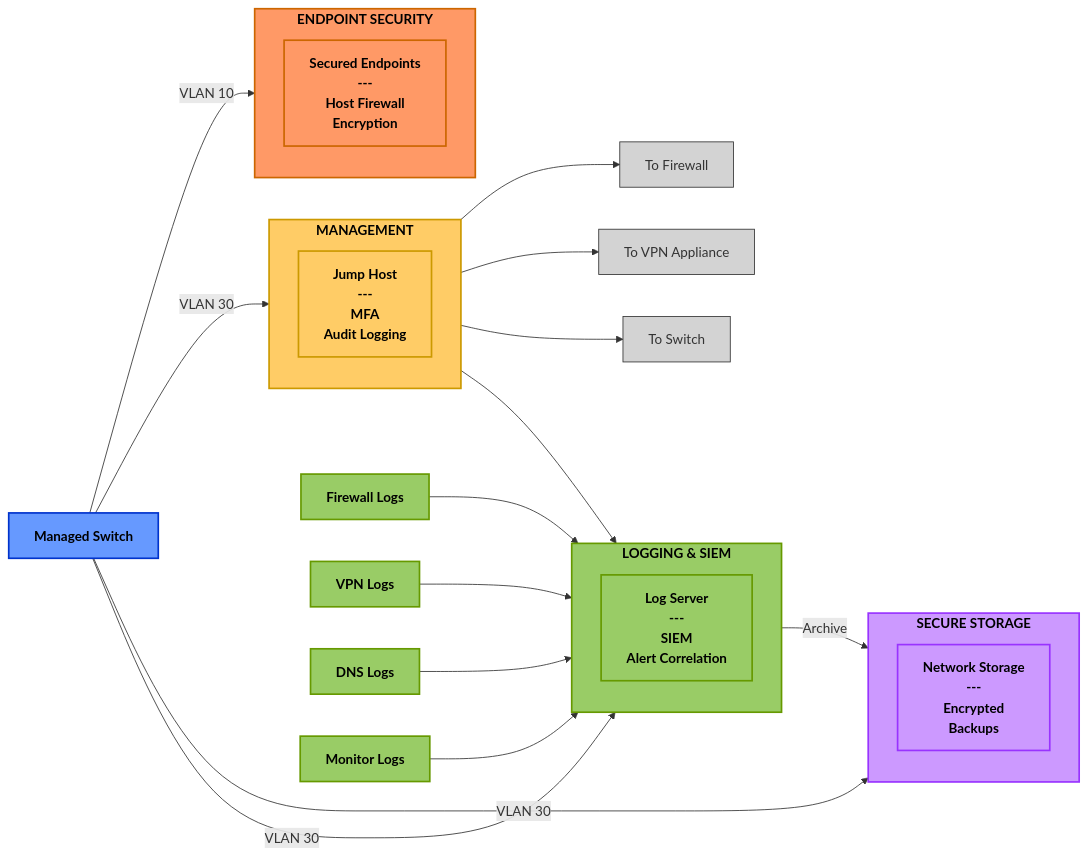
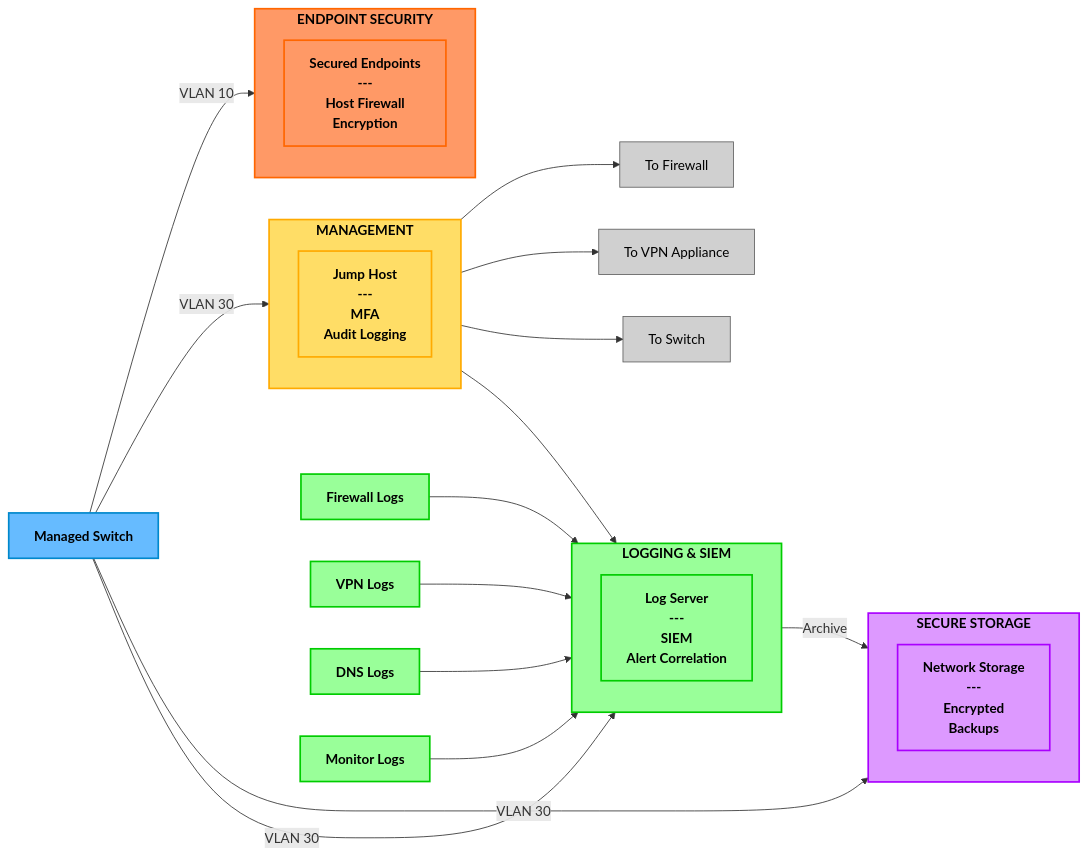
One commit to nshkrdotcom/diagram_experiments changed the fourth of 4 diagrams in home_network/1.md. Above: the diagram before and after it, drawn with Mermaid. The commit also changed other lines of this file, not shown here.

````diff
--- a/home_network/1.md
+++ b/home_network/1.md
@@ -132,63 +170,63 @@
 ```mermaid
 flowchart LR
     %% Input from Network
     NetworkSwitch["Managed Switch"] --> |"VLAN 30"| LoggingComponents
     
     %% Logging Components
     subgraph LoggingComponents["LOGGING & SIEM"]
         direction TB
-        LogServer["Log Server\n---\nSIEM\nAlert Correlation"]
+        LogServer["Log Server<br>---<br>SIEM<br>Alert Correlation"]
     end
     
     %% Storage Components
     subgraph StorageComponents["SECURE STORAGE"]
         direction TB
-        NAS["Network Storage\n---\nEncrypted\nBackups"]
+        NAS["Network Storage<br>---<br>Encrypted<br>Backups"]
     end
     
     %% Management Components
     subgraph ManagementComponents["MANAGEMENT"]
         direction TB
-        JumpHost["Jump Host\n---\nMFA\nAudit Logging"]
+        JumpHost["Jump Host<br>---<br>MFA<br>Audit Logging"]
     end
     
     %% Endpoint Security
     subgraph Endpoints["ENDPOINT SECURITY"]
         direction TB
-        SecuredEndpoints["Secured Endpoints\n---\nHost Firewall\nEncryption"]
+        SecuredEndpoints["Secured Endpoints<br>---<br>Host Firewall<br>Encryption"]
     end
     
     %% Connections 
     NetworkSwitch --> |"VLAN 30"| JumpHost
     NetworkSwitch --> |"VLAN 30"| NAS
     NetworkSwitch --> |"VLAN 10"| SecuredEndpoints
     
     LogServer --> |"Archive"| NAS
     
     %% Management connections
     JumpHost --> LogServer
     JumpHost --> FirewallLink["To Firewall"]
     JumpHost --> VPNLink["To VPN Appliance"]
     JumpHost --> SwitchLink["To Switch"]
     
     %% Log sources
     FirewallLogs["Firewall Logs"] --> LogServer
     VPNLogs["VPN Logs"] --> LogServer
     DNSLogs["DNS Logs"] --> LogServer
     MonitorLogs["Monitor Logs"] --> LogServer
-    
-    %% Styling
-    classDef network fill:#6699FF,stroke:#0033CC,stroke-width:2px,color:#000,font-weight:bold;
-    classDef logging fill:#99CC66,stroke:#669900,stroke-width:2px,color:#000,font-weight:bold;
-    classDef storage fill:#CC99FF,stroke:#9933FF,stroke-width:2px,color:#000,font-weight:bold;
-    classDef management fill:#FFCC66,stroke:#CC9900,stroke-width:2px,color:#000,font-weight:bold;
-    classDef endpoint fill:#FF9966,stroke:#CC6600,stroke-width:2px,color:#000,font-weight:bold;
-    classDef external fill:#D3D3D3,stroke:#333,stroke-width:1px;
-    
+        
+    %% Styling for dark theme
+    classDef network fill:#66bbff,stroke:#0088cc,stroke-width:2px,color:#000000,font-weight:bold;
+    classDef logging fill:#99ff99,stroke:#00cc00,stroke-width:2px,color:#000000,font-weight:bold;
+    classDef storage fill:#dd99ff,stroke:#aa00ff,stroke-width:2px,color:#000000,font-weight:bold;
+    classDef management fill:#ffdd66,stroke:#ffaa00,stroke-width:2px,color:#000000,font-weight:bold;
+    classDef endpoint fill:#ff9966,stroke:#ff6600,stroke-width:2px,color:#000000,font-weight:bold;
+    classDef external fill:#d0d0d0,stroke:#606060,stroke-width:1px,color:#000000;
+
     class NetworkSwitch network;
     class LoggingComponents,LogServer,FirewallLogs,VPNLogs,DNSLogs,MonitorLogs logging;
     class StorageComponents,NAS storage;
     class ManagementComponents,JumpHost management;
     class Endpoints,SecuredEndpoints endpoint;
     class FirewallLink,VPNLink,SwitchLink external;
 ```
````
